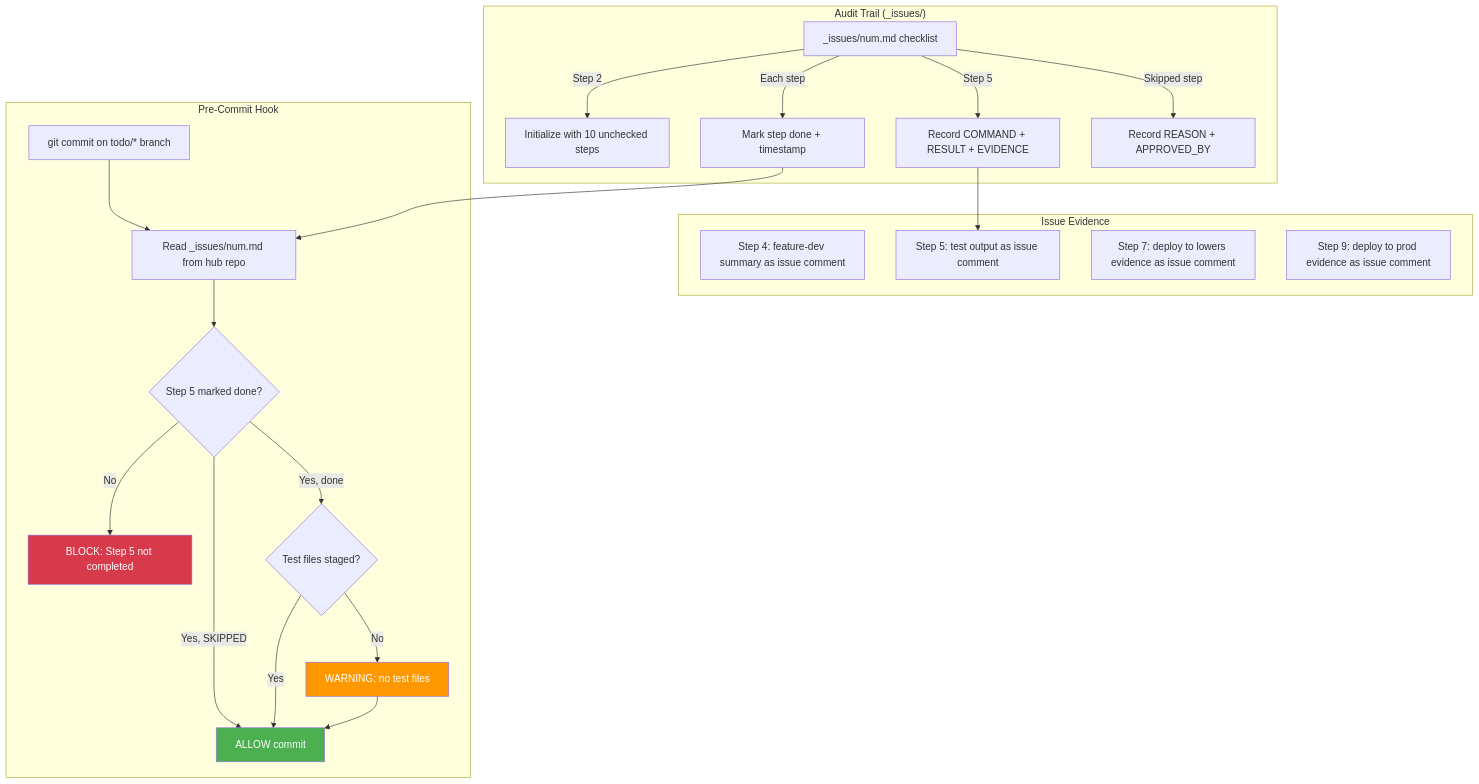
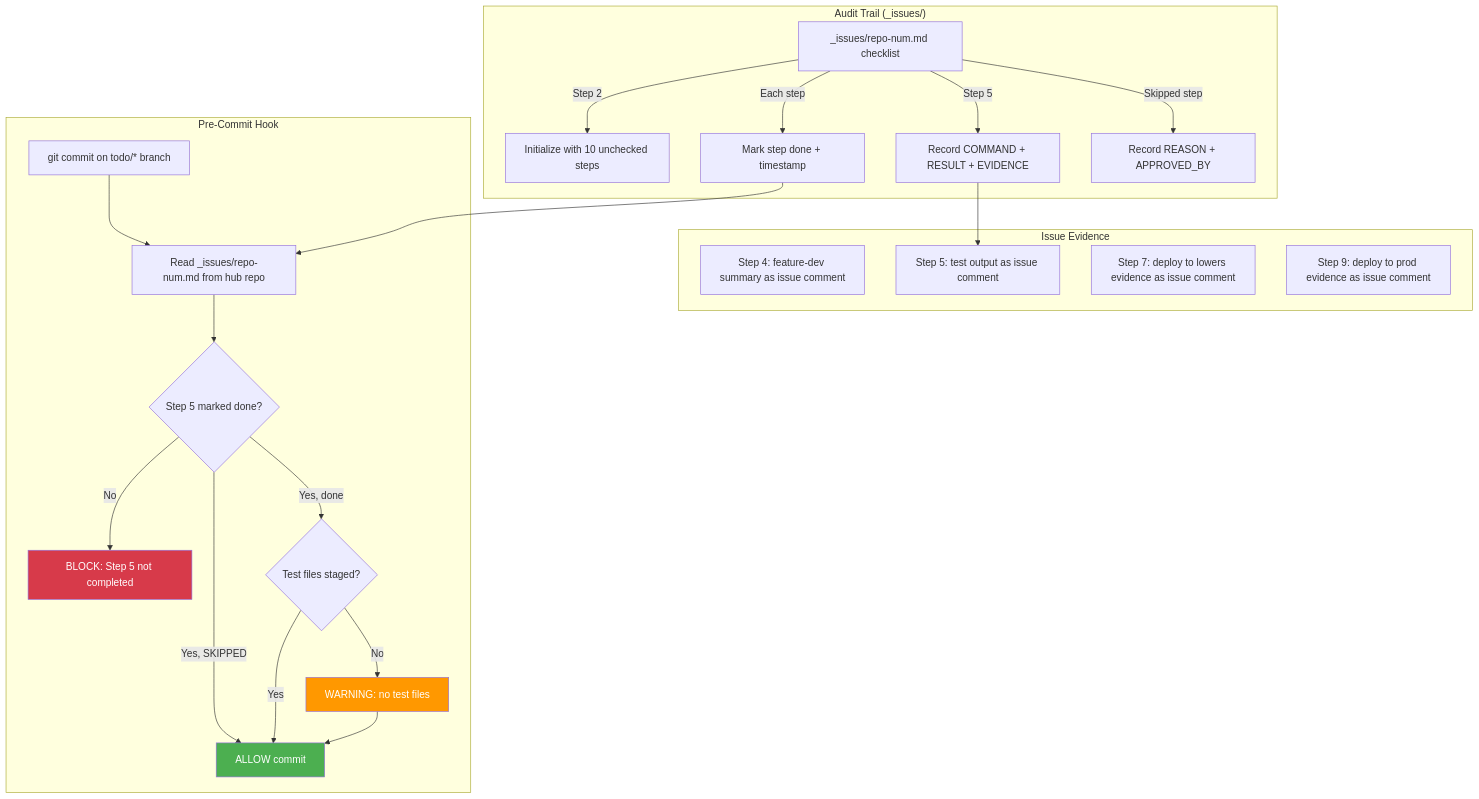
One commit to mblua/todo-workflow changed the fifth of 5 diagrams in docs/WORKFLOW_DIAGRAM.md. Above: the diagram before and after it, drawn with Mermaid. The commit also changed other lines of this file and 6 other files, not shown here.

First line of the commit message:
feat: Checklist files use <repo>-<num>.md to prevent cross-repo collisions (3.1.0)

````diff
--- a/docs/WORKFLOW_DIAGRAM.md
+++ b/docs/WORKFLOW_DIAGRAM.md
@@ -161,35 +161,35 @@
 ```mermaid
 flowchart TD
     subgraph AUDIT["Audit Trail (_issues/)"]
-        CL[_issues/num.md checklist]
+        CL[_issues/repo-num.md checklist]
         CL --> |Step 2| INIT[Initialize with 10 unchecked steps]
         CL --> |Each step| UPDATE[Mark step done + timestamp]
         CL --> |Step 5| EVIDENCE[Record COMMAND + RESULT + EVIDENCE]
         CL --> |Skipped step| SKIP_REC[Record REASON + APPROVED_BY]
     end
 
     subgraph GITHUB["Issue Evidence"]
         S4_COMMENT[Step 4: feature-dev summary as issue comment]
         S5_COMMENT[Step 5: test output as issue comment]
         S7_COMMENT[Step 7: deploy to lowers evidence as issue comment]
         S9_COMMENT[Step 9: deploy to prod evidence as issue comment]
     end
 
     subgraph HOOK["Pre-Commit Hook"]
         COMMIT[git commit on todo/* branch]
-        COMMIT --> READ[Read _issues/num.md from hub repo]
+        COMMIT --> READ[Read _issues/repo-num.md from hub repo]
         READ --> CHECK5{Step 5 marked done?}
         CHECK5 -->|No| REJECT[BLOCK: Step 5 not completed]
         CHECK5 -->|Yes, SKIPPED| ALLOW[ALLOW commit]
         CHECK5 -->|Yes, done| TESTS{Test files staged?}
         TESTS -->|Yes| ALLOW
         TESTS -->|No| WARN[WARNING: no test files] --> ALLOW
     end
 
     EVIDENCE --> S5_COMMENT
     UPDATE --> READ
 
     style REJECT fill:#D73A4A,color:#fff
     style ALLOW fill:#4CAF50,color:#fff
     style WARN fill:#FF9800,color:#fff
 ```
````
